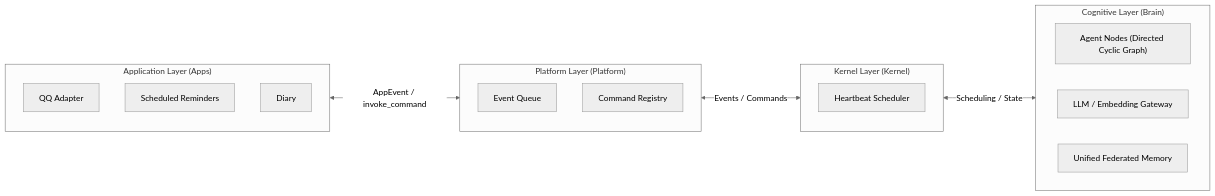
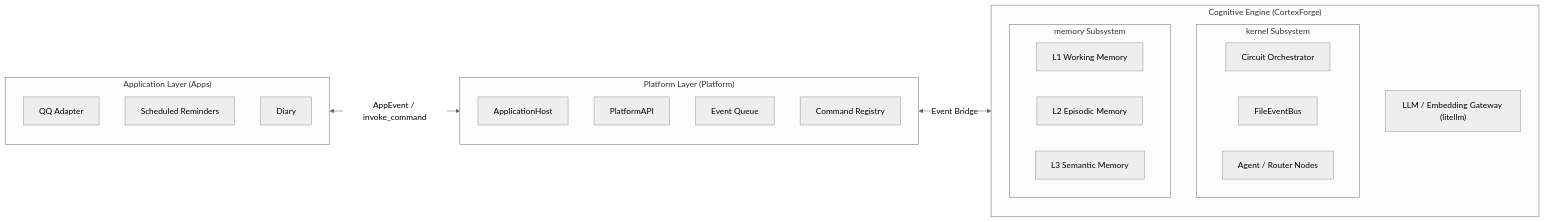
Before and after one commit to AuroraBot-Dev/AuroraBot: the diagram in README.en.md, drawn with Mermaid (neutral theme). The commit also changed other lines of this file and 2 other files, not shown here.

````diff
--- a/README.en.md
+++ b/README.en.md
@@ -38,28 +41,36 @@
 ```mermaid
 flowchart LR
     subgraph APPS["Application Layer (Apps)"]
+        direction TB
         QQ["QQ Adapter"]
         ALARM["Scheduled Reminders"]
         DIARY["Diary"]
     end
 
     subgraph PLATFORM["Platform Layer (Platform)"]
+        direction TB
+        HOST["ApplicationHost"]
+        API["PlatformAPI"]
         EVENTS["Event Queue"]
         CMDS["Command Registry"]
     end
 
-    subgraph KERNEL["Kernel Layer (Kernel)"]
-        SCHEDULER["Heartbeat Scheduler"]
-    end
-
-    subgraph BRAIN["Cognitive Layer (Brain)"]
-        direction LR
-        NODES["Agent Nodes (Directed Cyclic Graph)"]
-        GATEWAY["LLM / Embedding Gateway"]
-        MEMORY["Unified Federated Memory"]
+    subgraph BRAIN["Cognitive Engine (CortexForge)"]
+        subgraph KERNEL["kernel Subsystem"]
+            direction LR
+            CIRCUIT["Circuit Orchestrator"]
+            BUS["FileEventBus"]
+            NODES["Agent / Router Nodes"]
+        end
+        subgraph MEMORY["memory Subsystem"]
+            direction LR
+            L1["L1 Working Memory"]
+            L2["L2 Episodic Memory"]
+            L3["L3 Semantic Memory"]
+        end
+        GATEWAY["LLM / Embedding Gateway (litellm)"]
     end
 
     APPS <-->|"AppEvent / invoke_command"| PLATFORM
-    PLATFORM <-->|"Events / Commands"| KERNEL
-    KERNEL <-->|"Scheduling / State"| BRAIN
+    PLATFORM <-->|"Event Bridge"| BRAIN
 ```
````
